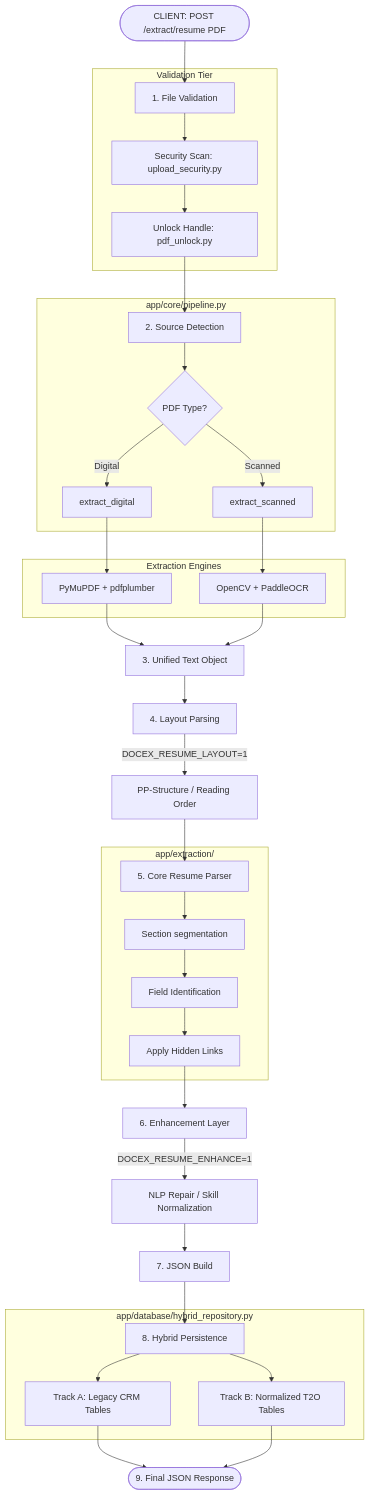
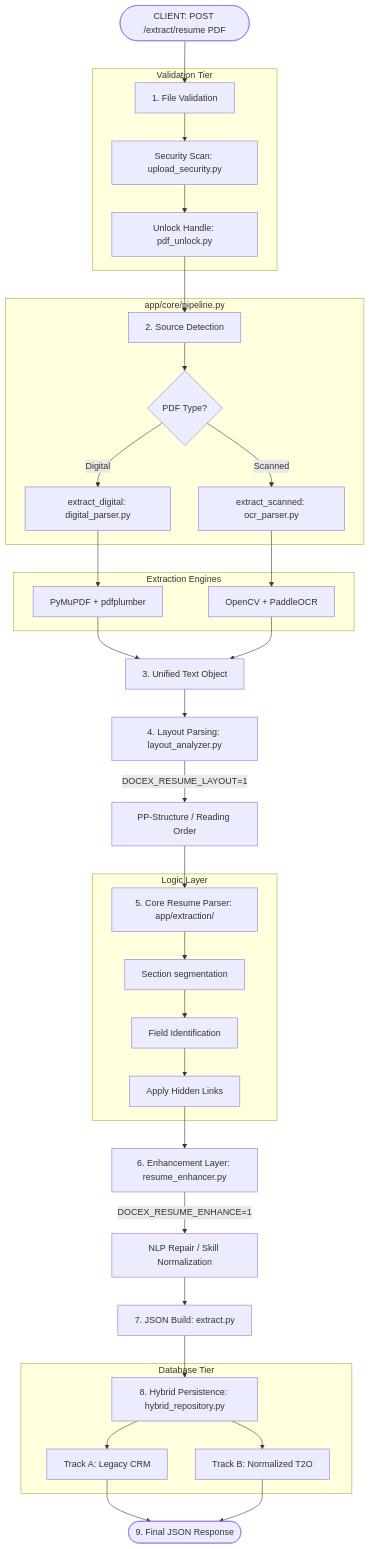
The diagram in new.md (sdagne/Resume-Extraction-Project), drawn with Mermaid before and after one commit.

````diff
--- a/new.md
+++ b/new.md
@@ -7,51 +7,51 @@
 ```mermaid
 graph TD
     Client([CLIENT: POST /extract/resume PDF]) --> Val[1. File Validation]
     
     subgraph Validation [Validation Tier]
         Val --> Sec[Security Scan: upload_security.py]
         Sec --> Lock[Unlock Handle: pdf_unlock.py]
     end
     
     Lock --> Det[2. Source Detection]
     
     subgraph Detection [app/core/pipeline.py]
         Det --> Classify{PDF Type?}
-        Classify -- Digital --> Digi[extract_digital]
-        Classify -- Scanned --> Scan[extract_scanned]
+        Classify -- Digital --> Digi[extract_digital: digital_parser.py]
+        Classify -- Scanned --> Scan[extract_scanned: ocr_parser.py]
     end
     
     subgraph Extraction [Extraction Engines]
         Digi --> DigiP[PyMuPDF + pdfplumber]
         Scan --> ScanP[OpenCV + PaddleOCR]
     end
     
     DigiP --> Text[3. Unified Text Object]
     ScanP --> Text
     
-    Text --> Layout[4. Layout Parsing]
+    Text --> Layout[4. Layout Parsing: layout_analyzer.py]
     Layout -- DOCEX_RESUME_LAYOUT=1 --> PP[PP-Structure / Reading Order]
     
-    PP --> Parser[5. Core Resume Parser]
+    PP --> Parser[5. Core Resume Parser: app/extraction/]
     
-    subgraph Core [app/extraction/]
+    subgraph Core [Logic Layer]
         Parser --> Seg[Section segmentation]
         Seg --> Field[Field Identification]
         Field --> Links[Apply Hidden Links]
     end
     
-    Links --> Enh[6. Enhancement Layer]
+    Links --> Enh[6. Enhancement Layer: resume_enhancer.py]
     Enh -- DOCEX_RESUME_ENHANCE=1 --> EnhL[NLP Repair / Skill Normalization]
     
-    EnhL --> Build[7. JSON Build]
+    EnhL --> Build[7. JSON Build: extract.py]
     
-    Build --> Persist[8. Hybrid Persistence]
+    Build --> Persist[8. Hybrid Persistence: hybrid_repository.py]
     
-    subgraph Persistence [app/database/hybrid_repository.py]
-        Persist --> Legacy[Track A: Legacy CRM Tables]
-        Persist --> Norm[Track B: Normalized T2O Tables]
+    subgraph Persistence [Database Tier]
+        Persist --> Legacy[Track A: Legacy CRM]
+        Persist --> Norm[Track B: Normalized T2O]
     end
     
     Legacy --> Resp([9. Final JSON Response])
     Norm --> Resp
 ```
````
